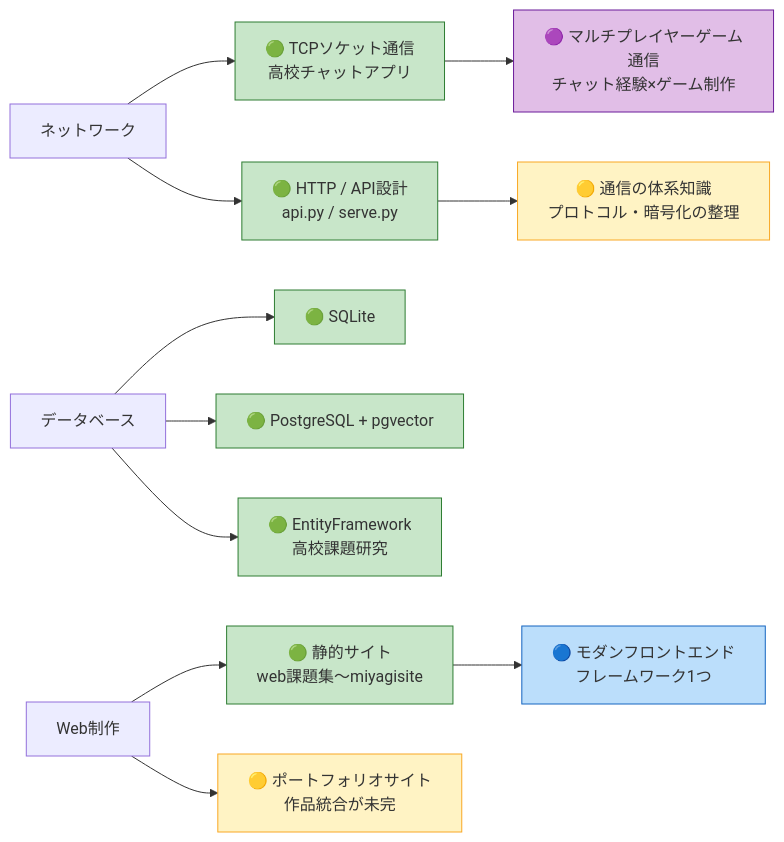
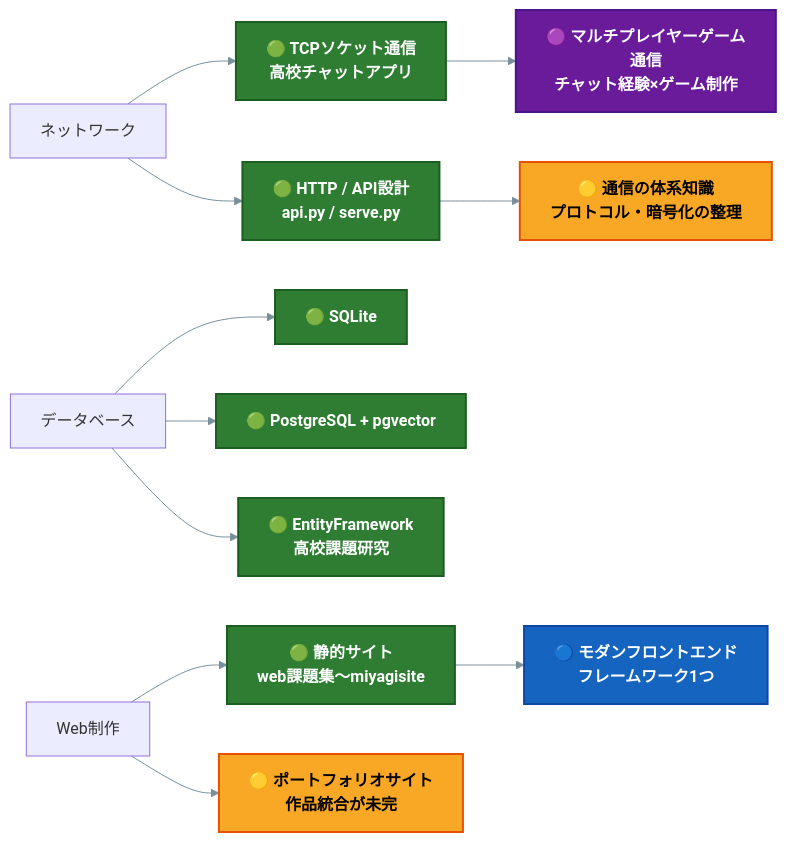
One commit to manato1201/manato1201 changed the tenth of 13 diagrams in README.md. Above: the diagram before and after it, drawn with Mermaid. The commit also changed other lines of this file, not shown here.

````diff
--- a/README.md
+++ b/README.md
@@ -319,20 +332,21 @@
 ```mermaid
+%%{init: {'themeVariables': {'primaryColor':'#37474f','primaryTextColor':'#ffffff','primaryBorderColor':'#263238','lineColor':'#78909c','fontSize':'16px'}}}%%
 flowchart LR
     NET[ネットワーク] --> N1[🟢 TCPソケット通信<br>高校チャットアプリ]:::done
     NET --> N2[🟢 HTTP / API設計<br>api.py / serve.py]:::done
     N2 --> N3[🟡 通信の体系知識<br>プロトコル・暗号化の整理]:::review
 
     DB[データベース] --> D1[🟢 SQLite]:::done
     DB --> D2[🟢 PostgreSQL + pgvector]:::done
     DB --> D3[🟢 EntityFramework<br>高校課題研究]:::done
 
     WEB[Web制作] --> W1[🟢 静的サイト<br>web課題集〜miyagisite]:::done
     WEB --> W2[🟡 ポートフォリオサイト<br>作品統合が未完]:::review
     W1 --> W3[🔵 モダンフロントエンド<br>フレームワーク1つ]:::next
     N1 --> W4[🟣 マルチプレイヤーゲーム通信<br>チャット経験×ゲーム制作]:::adv
 
-    classDef done fill:#c8e6c9,stroke:#2e7d32
-    classDef review fill:#fff3c4,stroke:#f9a825
-    classDef next fill:#bbdefb,stroke:#1565c0
-    classDef adv fill:#e1bee7,stroke:#6a1b9a
+    classDef done fill:#2e7d32,stroke:#1b5e20,stroke-width:2px,color:#ffffff,font-weight:bold
+    classDef review fill:#f9a825,stroke:#e65100,stroke-width:2px,color:#000000,font-weight:bold
+    classDef next fill:#1565c0,stroke:#0d47a1,stroke-width:2px,color:#ffffff,font-weight:bold
+    classDef adv fill:#6a1b9a,stroke:#4a148c,stroke-width:2px,color:#ffffff,font-weight:bold
 ```
````
